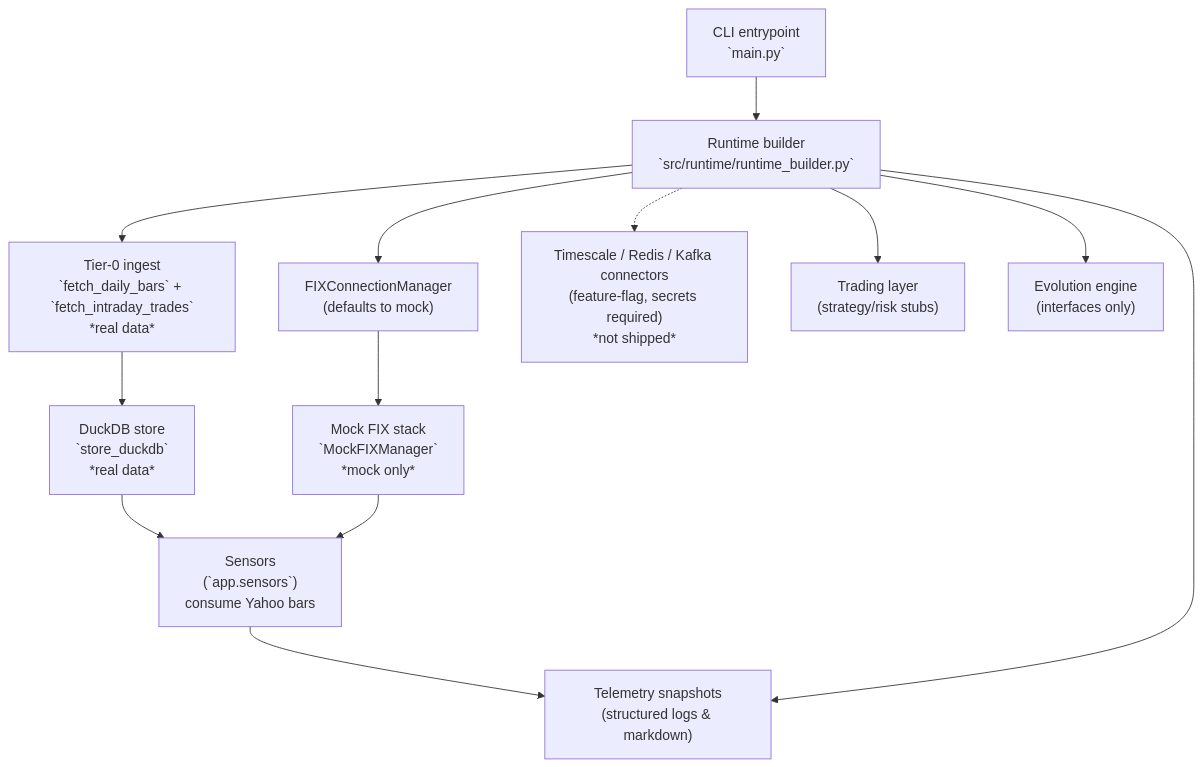
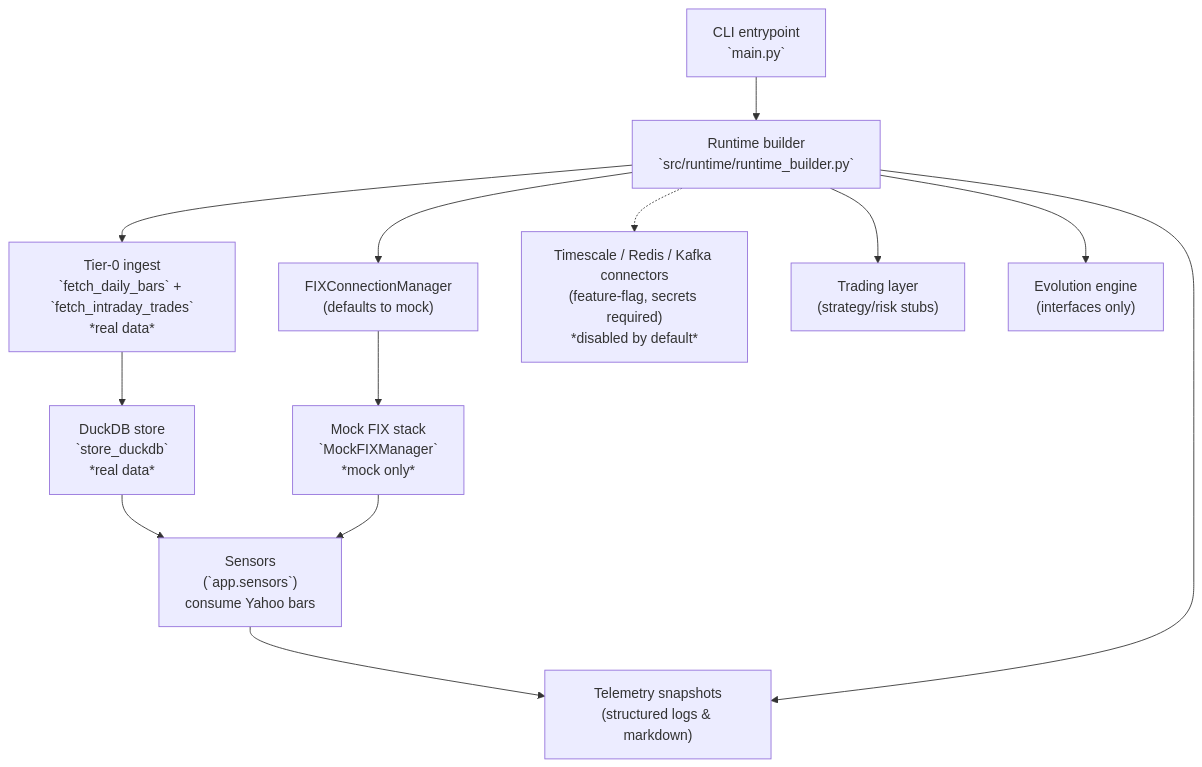
The diagram in docs/architecture/overview.md (HWeber-tech/emp_proving_ground_v1), drawn with Mermaid before and after one commit. The commit also changed other lines of this file and 1 other file, not shown here.

````diff
--- a/docs/architecture/overview.md
+++ b/docs/architecture/overview.md
@@ -29,15 +29,15 @@
 ```mermaid
 flowchart TD
     entry["CLI entrypoint\n`main.py`"] --> runtime["Runtime builder\n`src/runtime/runtime_builder.py`"]
     runtime --> ingest["Tier-0 ingest<br/>`fetch_daily_bars` + `fetch_intraday_trades`<br/>*real data*"]
     ingest --> duckdb["DuckDB store<br/>`store_duckdb`<br/>*real data*"]
     duckdb --> sensors["Sensors<br/>(`app.sensors`)<br/>consume Yahoo bars"]
     runtime --> bridge["FIXConnectionManager\n(defaults to mock)"]
     bridge --> mock["Mock FIX stack\n`MockFIXManager`\n*mock only*"]
     mock --> sensors
-    runtime -.-> institutional["Timescale / Redis / Kafka connectors<br/>(feature-flag, secrets required)<br/>*not shipped*"]
+    runtime -.-> institutional["Timescale / Redis / Kafka connectors<br/>(feature-flag, secrets required)<br/>*disabled by default*"]
     sensors --> observability["Telemetry snapshots\n(structured logs & markdown)"]
     runtime --> trading["Trading layer\n(strategy/risk stubs)"]
     runtime --> evolution["Evolution engine\n(interfaces only)"]
     runtime --> observability
 ```
````
